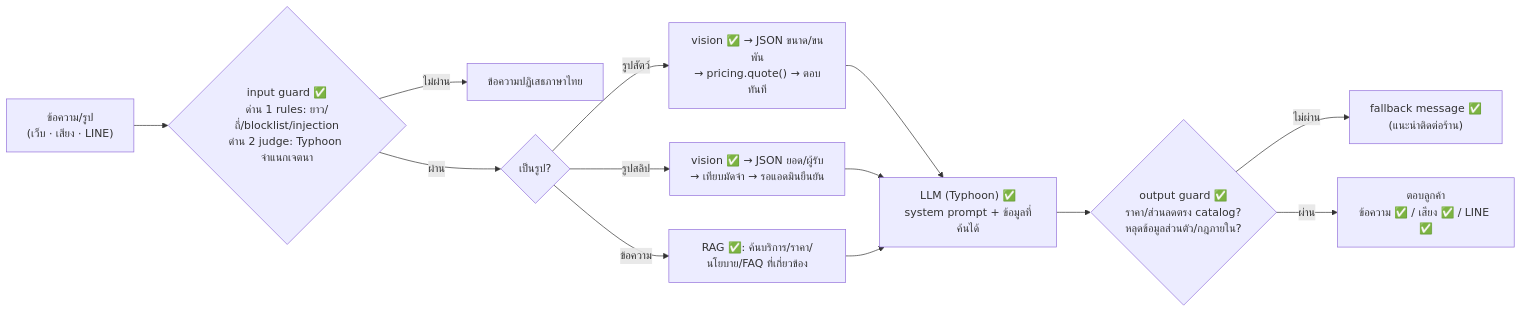
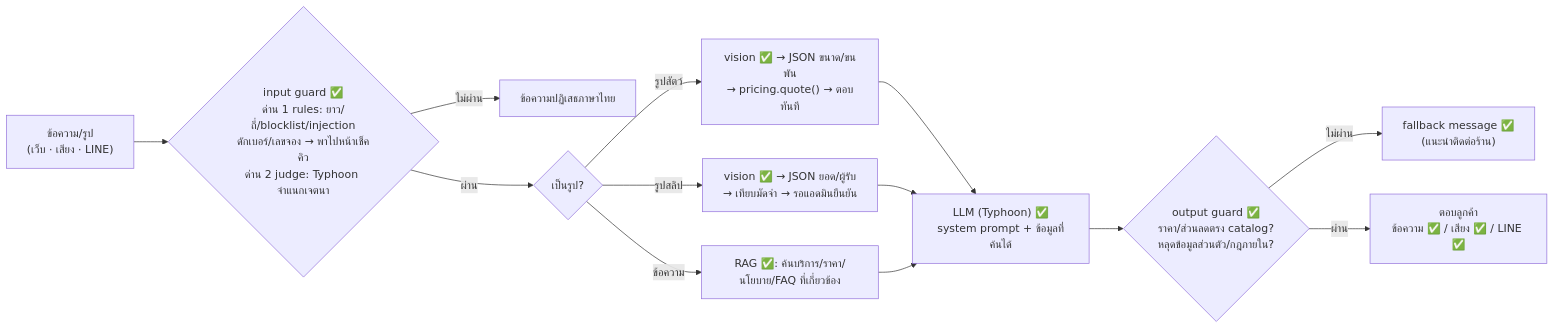
The third of 5 diagrams in docs/system-architecture.md (Myname30275/Project-chatbot), drawn with Mermaid before and after one commit. The commit also changed other lines of this file and 5 other files, not shown here.

Commit message:
Add endpoint check against live system; update architecture docs and diagrams to current system

````diff
--- a/docs/system-architecture.md
+++ b/docs/system-architecture.md
@@ -209,15 +224,15 @@
 ```mermaid
 flowchart LR
-    M["ข้อความ/รูป<br/>(เว็บ · เสียง · LINE)"] --> G1{"input guard ✅<br/>ด่าน 1 rules: ยาว/ถี่/blocklist/injection<br/>ด่าน 2 judge: Typhoon จำแนกเจตนา"}
+    M["ข้อความ/รูป<br/>(เว็บ · เสียง · LINE)"] --> G1{"input guard ✅<br/>ด่าน 1 rules: ยาว/ถี่/blocklist/injection<br/>ดักเบอร์/เลขจอง → พาไปหน้าเช็คคิว<br/>ด่าน 2 judge: Typhoon จำแนกเจตนา"}
     G1 -- ไม่ผ่าน --> R1["ข้อความปฏิเสธภาษาไทย"]
     G1 -- ผ่าน --> K{"เป็นรูป?"}
     K -- รูปสัตว์ --> P["vision ✅ → JSON ขนาด/ขนพัน<br/>→ pricing.quote() → ตอบทันที"]
     K -- รูปสลิป --> S["vision ✅ → JSON ยอด/ผู้รับ<br/>→ เทียบมัดจำ → รอแอดมินยืนยัน"]
     K -- ข้อความ --> Q["RAG ✅: ค้นบริการ/ราคา/นโยบาย/FAQ ที่เกี่ยวข้อง"]
     P --> L["LLM (Typhoon) ✅<br/>system prompt + ข้อมูลที่ค้นได้"]
     S --> L
     Q --> L
     L --> G2{"output guard ✅<br/>ราคา/ส่วนลดตรง catalog?<br/>หลุดข้อมูลส่วนตัว/กฎภายใน?"}
     G2 -- ไม่ผ่าน --> R2["fallback message ✅<br/>(แนะนำติดต่อร้าน)"]
     G2 -- ผ่าน --> OUT["ตอบลูกค้า<br/>ข้อความ ✅ / เสียง ✅ / LINE ✅"]
 ```
````
